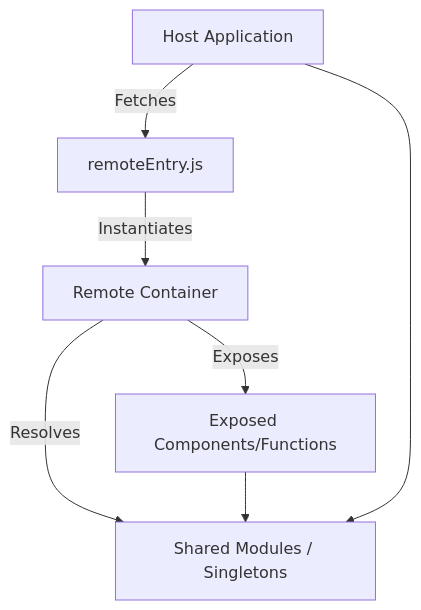
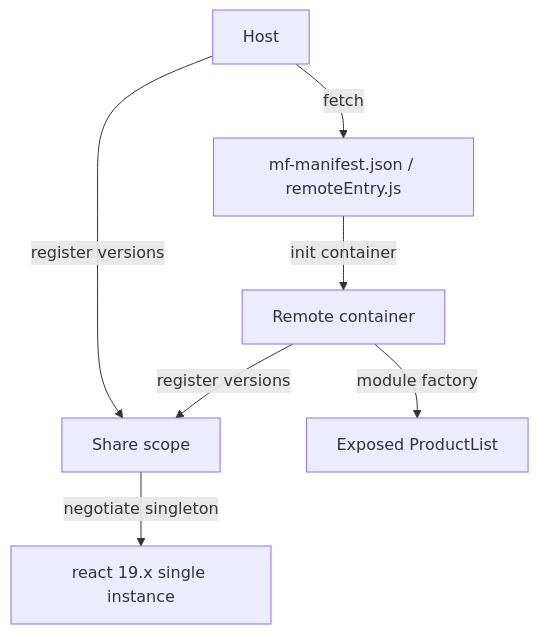
One commit to j4flmao/agent-skills changed the diagram in skills/frontend/architecture/micro-frontends/SKILL.md. Above: the diagram before and after it, drawn with Mermaid. The commit also changed other lines of this file and 1218 other files, not shown here.

````diff
--- a/skills/frontend/architecture/micro-frontends/SKILL.md
+++ b/skills/frontend/architecture/micro-frontends/SKILL.md
@@ -10,10 +154,9 @@
 ```mermaid
-%%{init: {"theme": "default", "flowchart": {"useMaxWidth": true}}}%%
 flowchart TD
-    Host[Host Application] -->|Fetches| RE[remoteEntry.js]
-    RE -->|Instantiates| RC[Remote Container]
-    RC -->|Resolves| SM[Shared Modules / Singletons]
-    RC -->|Exposes| EM[Exposed Components/Functions]
-    Host --> SM
-    EM --> SM
+    Host[Host] -->|fetch| MAN[mf-manifest.json / remoteEntry.js]
+    MAN -->|init container| RC[Remote container]
+    RC -->|register versions| SS[Share scope]
+    Host -->|register versions| SS
+    SS -->|negotiate singleton| R[react 19.x single instance]
+    RC -->|module factory| EX[Exposed ProductList]
 ```
````
